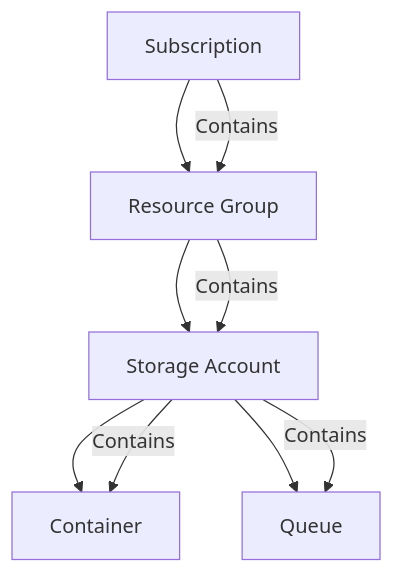
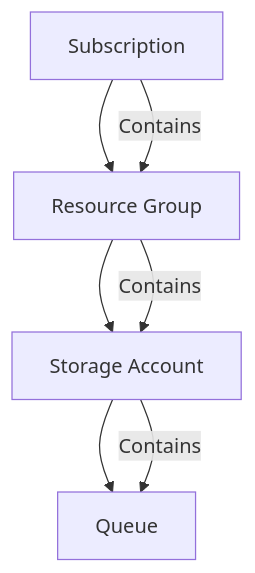
One commit to hvalfangst/azure-queue-storage-python changed the diagram in README.md. Above: the diagram before and after it, drawn with Mermaid. The commit also changed other lines of this file and 19 other files, not shown here.

````diff
--- a/README.md
+++ b/README.md
@@ -18,13 +18,11 @@
 ```mermaid
 graph TD
     A[Subscription]
     A --> B[Resource Group]
     B --> C[Storage Account]
-    C --> D[Container]
     C --> E[Queue]
 
     A -->|Contains| B
     B -->|Contains| C
-    C -->|Contains| D
     C -->|Contains| E
 ```
````
